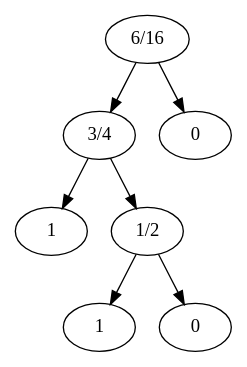
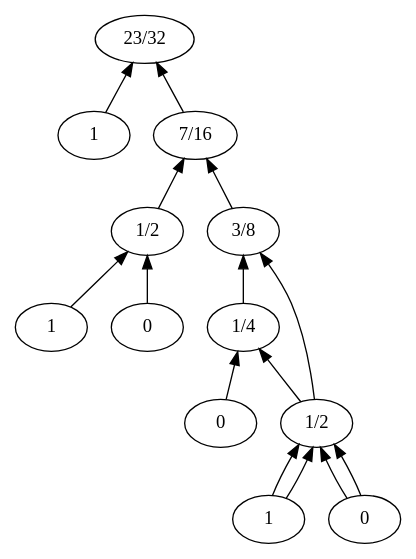
The diagram in GuiTool/image/Gorma/GormaDotOld.dot (iitramar/guiTool), drawn with Graphviz before and after one commit. The commit also changed 86 other files, not shown here.

```diff
--- a/GuiTool/image/Gorma/GormaDotOld.dot
+++ b/GuiTool/image/Gorma/GormaDotOld.dot
@@ -1,15 +1,32 @@
 digraph groma{
-node0 [label="6/16"];
-node1 [label="3/4"];
-node3 [label="1"];
-node4 [label="1/2"];
+rankdir = BT;
+node0 [label="23/32"];
+node1 [label="1"];
+node2 [label="7/16"];
+node3 [label="1/2"];
 node5 [label="1"];
 node6 [label="0"];
-node2 [label="0"];
-node0 -> node1;
-node1 -> node3;
-node1 -> node4;
-node4 -> node5;
-node4 -> node6;
-node0 -> node2;
+node4 [label="3/8"];
+node11 [label="1/2"];
+node13 [label="1"];
+node14 [label="0"];
+node8 [label="1/4"];
+node11 [label="1/2"];
+node13 [label="1"];
+node14 [label="0"];
+node12 [label="0"];
+node1 -> node0;
+node2 -> node0;
+node3 -> node2;
+node5 -> node3;
+node6 -> node3;
+node4 -> node2;
+node11 -> node4;
+node13 -> node11;
+node14 -> node11;
+node8 -> node4;
+node11 -> node8;
+node13 -> node11;
+node14 -> node11;
+node12 -> node8;
 }
```
